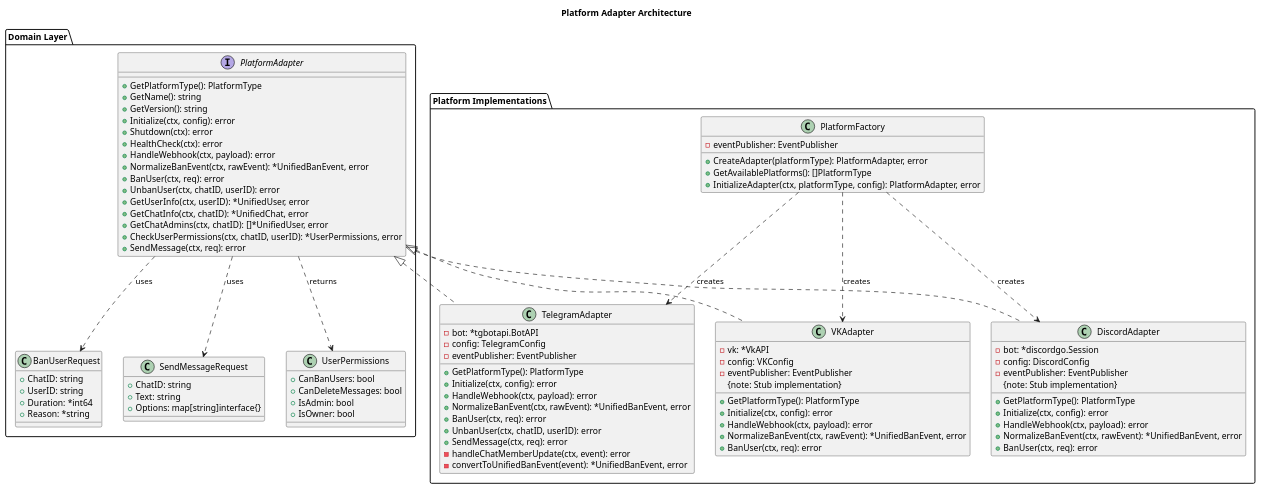
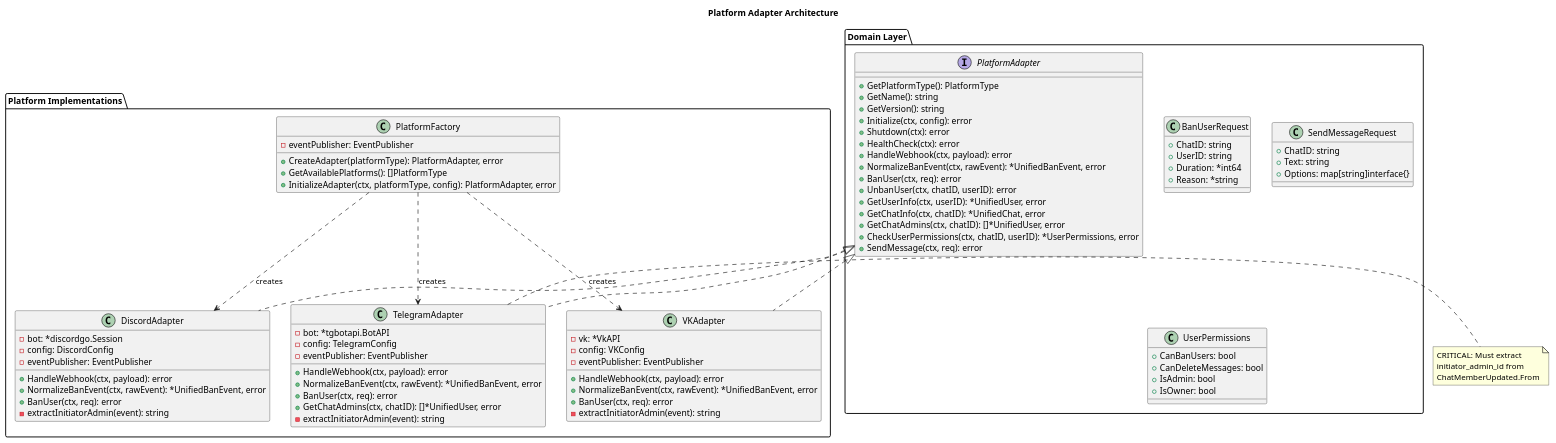
Before and after one commit to Eelyousha/dozor-service: the diagram in platform_adapter_pattern.puml, drawn with PlantUML. The commit also changed 13 other files, not shown here.

Commit message:
Updated architecture

```diff
--- a/platform_adapter_pattern.puml
+++ b/platform_adapter_pattern.puml
@@ -1,104 +1,98 @@
 @startuml
 title Platform Adapter Architecture
 
 package "Domain Layer" {
     interface PlatformAdapter {
         +GetPlatformType(): PlatformType
         +GetName(): string
         +GetVersion(): string
         +Initialize(ctx, config): error
         +Shutdown(ctx): error
         +HealthCheck(ctx): error
         +HandleWebhook(ctx, payload): error
         +NormalizeBanEvent(ctx, rawEvent): *UnifiedBanEvent, error
         +BanUser(ctx, req): error
         +UnbanUser(ctx, chatID, userID): error
         +GetUserInfo(ctx, userID): *UnifiedUser, error
         +GetChatInfo(ctx, chatID): *UnifiedChat, error
         +GetChatAdmins(ctx, chatID): []*UnifiedUser, error
         +CheckUserPermissions(ctx, chatID, userID): *UserPermissions, error
         +SendMessage(ctx, req): error
     }
     
     class BanUserRequest {
         +ChatID: string
         +UserID: string
         +Duration: *int64
         +Reason: *string
     }
     
     class SendMessageRequest {
         +ChatID: string
         +Text: string
         +Options: map[string]interface{}
     }
     
     class UserPermissions {
         +CanBanUsers: bool
         +CanDeleteMessages: bool
         +IsAdmin: bool
         +IsOwner: bool
     }
 }
 
 package "Platform Implementations" {
     class TelegramAdapter {
         -bot: *tgbotapi.BotAPI
         -config: TelegramConfig
         -eventPublisher: EventPublisher
-        +GetPlatformType(): PlatformType
-        +Initialize(ctx, config): error
         +HandleWebhook(ctx, payload): error
         +NormalizeBanEvent(ctx, rawEvent): *UnifiedBanEvent, error
         +BanUser(ctx, req): error
-        +UnbanUser(ctx, chatID, userID): error
-        +SendMessage(ctx, req): error
-        -handleChatMemberUpdate(ctx, event): error
-        -convertToUnifiedBanEvent(event): *UnifiedBanEvent, error
+        +GetChatAdmins(ctx, chatID): []*UnifiedUser, error
+        -extractInitiatorAdmin(event): string
     }
     
     class VKAdapter {
         -vk: *VkAPI
         -config: VKConfig
         -eventPublisher: EventPublisher
-        +GetPlatformType(): PlatformType
-        +Initialize(ctx, config): error
         +HandleWebhook(ctx, payload): error
         +NormalizeBanEvent(ctx, rawEvent): *UnifiedBanEvent, error
         +BanUser(ctx, req): error
-        {note: Stub implementation}
+        -extractInitiatorAdmin(event): string
     }
     
     class DiscordAdapter {
         -bot: *discordgo.Session
         -config: DiscordConfig
         -eventPublisher: EventPublisher
-        +GetPlatformType(): PlatformType
-        +Initialize(ctx, config): error
         +HandleWebhook(ctx, payload): error
         +NormalizeBanEvent(ctx, rawEvent): *UnifiedBanEvent, error
         +BanUser(ctx, req): error
-        {note: Stub implementation}
+        -extractInitiatorAdmin(event): string
     }
     
     class PlatformFactory {
         -eventPublisher: EventPublisher
         +CreateAdapter(platformType): PlatformAdapter, error
         +GetAvailablePlatforms(): []PlatformType
         +InitializeAdapter(ctx, platformType, config): PlatformAdapter, error
     }
 }
 
 PlatformAdapter <|.. TelegramAdapter
 PlatformAdapter <|.. VKAdapter
 PlatformAdapter <|.. DiscordAdapter
 
 PlatformFactory ..> TelegramAdapter : creates
 PlatformFactory ..> VKAdapter : creates
 PlatformFactory ..> DiscordAdapter : creates
 
-PlatformAdapter ..> BanUserRequest : uses
-PlatformAdapter ..> SendMessageRequest : uses
-PlatformAdapter ..> UserPermissions : returns
+note right of TelegramAdapter
+  CRITICAL: Must extract
+  initiator_admin_id from
+  ChatMemberUpdated.From
+end note
 
 @enduml
```
